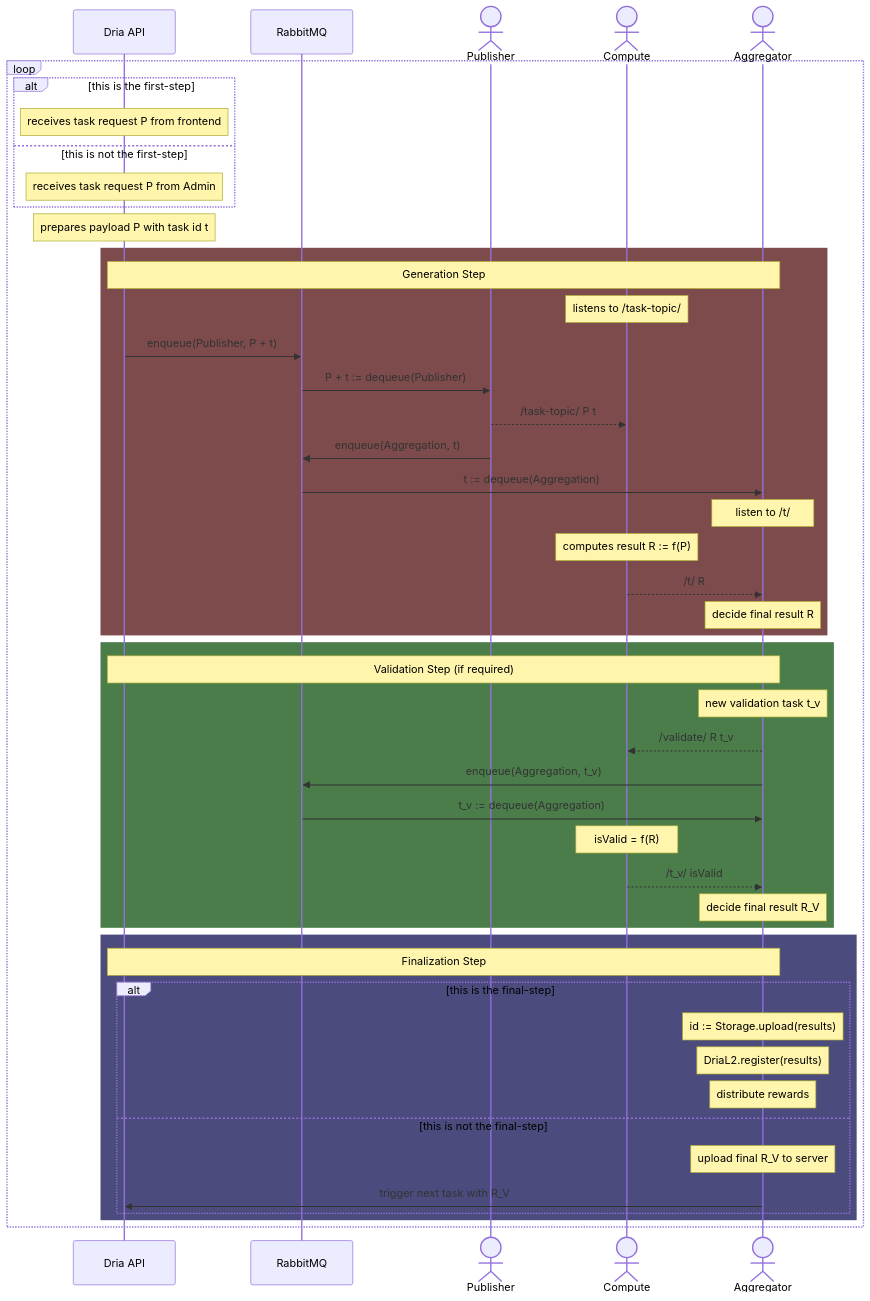
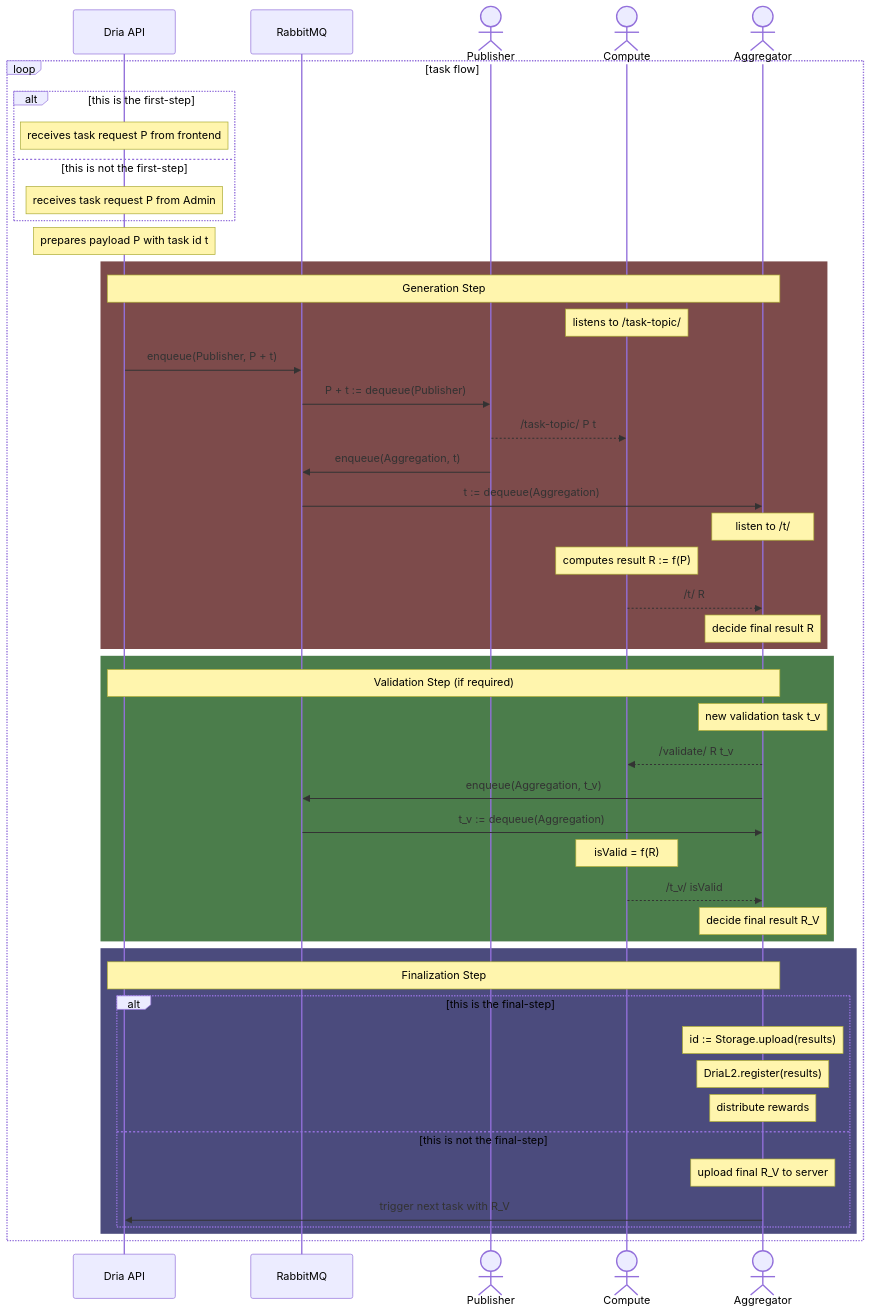
The diagram in docs/README.md (erhant/dkn-admin-node), drawn with Mermaid before and after one commit.

````diff
--- a/docs/README.md
+++ b/docs/README.md
@@ -16,62 +16,62 @@
 ```mermaid
 sequenceDiagram
   participant D as Dria API
   participant Q as RabbitMQ
   actor P as Publisher
   actor C as Compute
   actor A as Aggregator
 
-  loop
-  alt this is the first-step
-    note over D: receives task request P from frontend
-  else this is not the first-step
-    note over D: receives task request P from Admin
-  end
-  note over D: prepares payload P with task id t
-
-  ###### Generation Step ######
-  rect rgb(125, 75, 75)
-    note over D, A: Generation Step
-    note over C: listens to /task-topic/
-
-    D ->> Q: enqueue(Publisher, P + t)
-    Q ->> P: P + t := dequeue(Publisher)
-
-    P -->> C: /task-topic/ P t
-
-    P ->> Q: enqueue(Aggregation, t)
-    Q ->> A: t := dequeue(Aggregation)
-    note over A: listen to /t/
-    note over C: computes result R := f(P)
-    C -->> A: /t/ R
-    note over A: decide final result R
-  end
-
-
-  ###### Validation Step ######
-  rect rgb(75, 125, 75)
-    note over D, A: Validation Step (if required)
-    note over A: new validation task t_v
-    A -->> C: /validate/ R t_v
-    A ->> Q: enqueue(Aggregation, t_v)
-    Q ->> A: t_v := dequeue(Aggregation)
-    note over C: isValid = f(R)
-    C -->> A: /t_v/ isValid
-    note over A: decide final result R_V
-  end
-
-  ###### Finalization Step ######
-    rect rgb(75, 75, 125)
-    note over D, A: Finalization Step
-
-    alt this is the final-step
-      note over A: id := Storage.upload(results)
-      note over A: DriaL2.register(results)
-      note over A: distribute rewards
-    else this is not the final-step
-    note over A: upload final R_V to server
-      A ->> D: trigger next task with R_V
+  loop task flow
+    alt this is the first-step
+      note over D: receives task request P from frontend
+    else this is not the first-step
+      note over D: receives task request P from Admin
+    end
+    note over D: prepares payload P with task id t
+  
+    ###### Generation Step ######
+    rect rgb(125, 75, 75)
+      note over D, A: Generation Step
+      note over C: listens to /task-topic/
+  
+      D ->> Q: enqueue(Publisher, P + t)
+      Q ->> P: P + t := dequeue(Publisher)
+  
+      P -->> C: /task-topic/ P t
+  
+      P ->> Q: enqueue(Aggregation, t)
+      Q ->> A: t := dequeue(Aggregation)
+      note over A: listen to /t/
+      note over C: computes result R := f(P)
+      C -->> A: /t/ R
+      note over A: decide final result R
+    end
+  
+  
+    ###### Validation Step ######
+    rect rgb(75, 125, 75)
+      note over D, A: Validation Step (if required)
+      note over A: new validation task t_v
+      A -->> C: /validate/ R t_v
+      A ->> Q: enqueue(Aggregation, t_v)
+      Q ->> A: t_v := dequeue(Aggregation)
+      note over C: isValid = f(R)
+      C -->> A: /t_v/ isValid
+      note over A: decide final result R_V
+    end
+  
+    ###### Finalization Step ######
+      rect rgb(75, 75, 125)
+      note over D, A: Finalization Step
+  
+      alt this is the final-step
+        note over A: id := Storage.upload(results)
+        note over A: DriaL2.register(results)
+        note over A: distribute rewards
+      else this is not the final-step
+      note over A: upload final R_V to server
+        A ->> D: trigger next task with R_V
+      end
     end
   end
-  end
 ```
````
